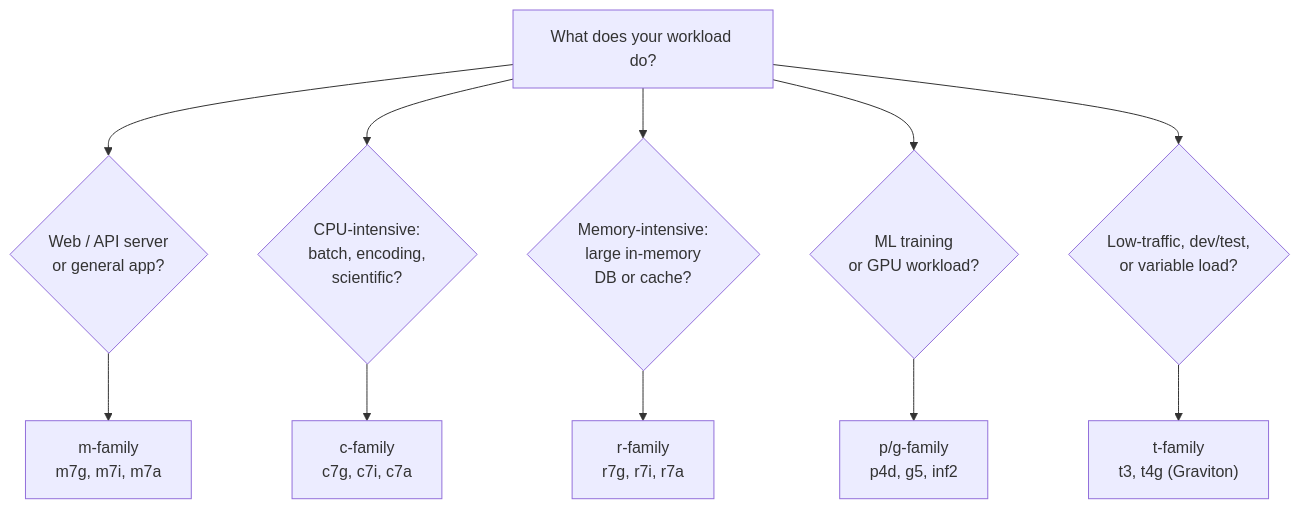
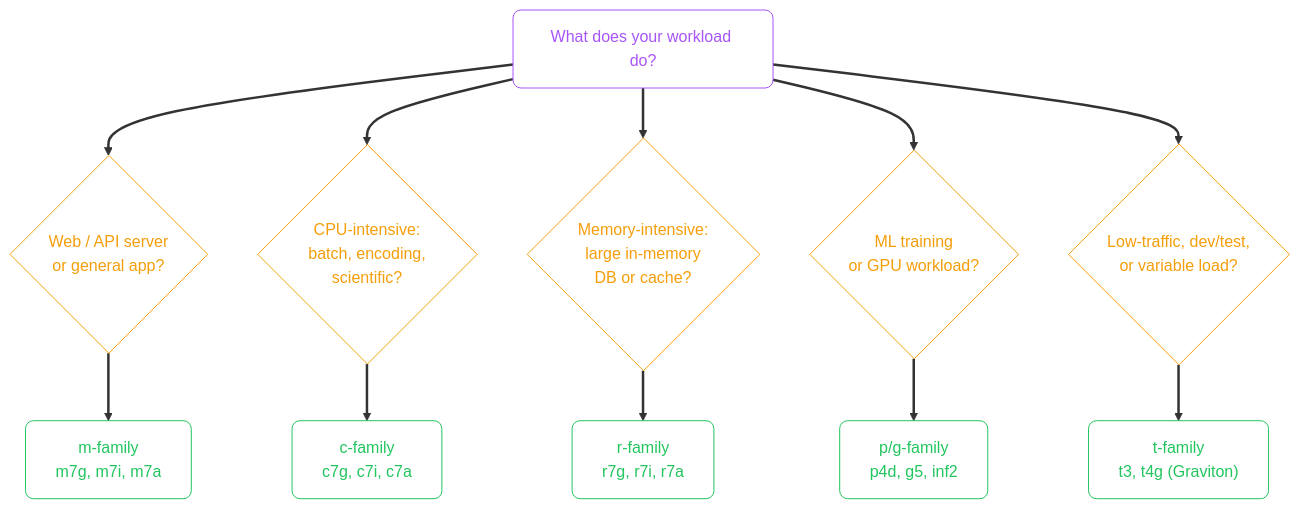
Before and after one commit to zafarale/cloudification: the first of 6 diagrams in src/content/cloud/aws/02-intro-vms.mdx, drawn with Mermaid. The commit also changed other lines of this file and 84 other files, not shown here.

````diff
--- a/src/content/cloud/aws/02-intro-vms.mdx
+++ b/src/content/cloud/aws/02-intro-vms.mdx
@@ -57,23 +57,30 @@
 ```mermaid
 flowchart TD
-    START["What does your workload do?"]
+    accTitle: Choosing the Right Instance Type
+    accDescr: Flowchart (td) showing What does your workload do, Web / API server or general app, CPU-intensive: batch, encoding, scientific
+    classDef step fill:none,stroke:#a855f7,color:#a855f7,rx:8,ry:8
+    classDef ok   fill:none,stroke:#22c55e,color:#22c55e,rx:8,ry:8
+    classDef decesion fill:none,stroke:#f59e0b,color:#f59e0b,rx:8,ry:8
+    linkStyle default stroke-width:2.5px
 
-    WEBAPI{"Web / API server\nor general app?"}
-    CPUBOUND{"CPU-intensive:\nbatch, encoding,\nscientific?"}
-    MEMBOUND{"Memory-intensive:\nlarge in-memory\nDB or cache?"}
-    ML{"ML training\nor GPU workload?"}
-    BURST{"Low-traffic, dev/test,\nor variable load?"}
+    START["What does your workload do?"]:::step
 
-    GENERAL["m-family\nm7g, m7i, m7a"]
-    COMPUTE["c-family\nc7g, c7i, c7a"]
-    MEMORY["r-family\nr7g, r7i, r7a"]
-    GPU["p/g-family\np4d, g5, inf2"]
-    BURSTABLE["t-family\nt3, t4g (Graviton)"]
+    WEBAPI{"Web / API server<br/>or general app?"}:::decesion
+    CPUBOUND{"CPU-intensive:<br/>batch, encoding,<br/>scientific?"}:::decesion
+    MEMBOUND{"Memory-intensive:<br/>large in-memory<br/>DB or cache?"}:::decesion
+    ML{"ML training<br/>or GPU workload?"}:::decesion
+    BURST{"Low-traffic, dev/test,<br/>or variable load?"}:::decesion
+
+    GENERAL["m-family<br/>m7g, m7i, m7a"]:::ok
+    COMPUTE["c-family<br/>c7g, c7i, c7a"]:::ok
+    MEMORY["r-family<br/>r7g, r7i, r7a"]:::ok
+    GPU["p/g-family<br/>p4d, g5, inf2"]:::ok
+    BURSTABLE["t-family<br/>t3, t4g (Graviton)"]:::ok
 
     START --> WEBAPI & CPUBOUND & MEMBOUND & ML & BURST
     WEBAPI --> GENERAL
     CPUBOUND --> COMPUTE
     MEMBOUND --> MEMORY
     ML --> GPU
     BURST --> BURSTABLE
 ```
````
